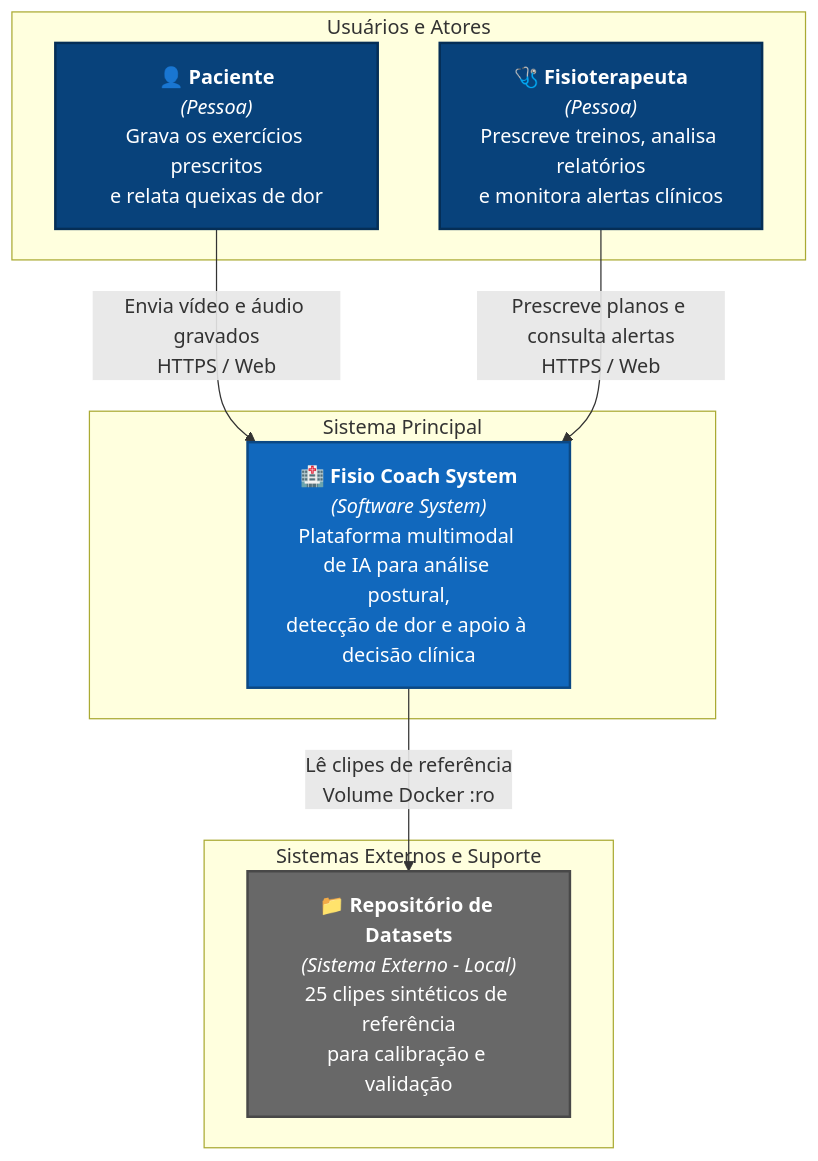
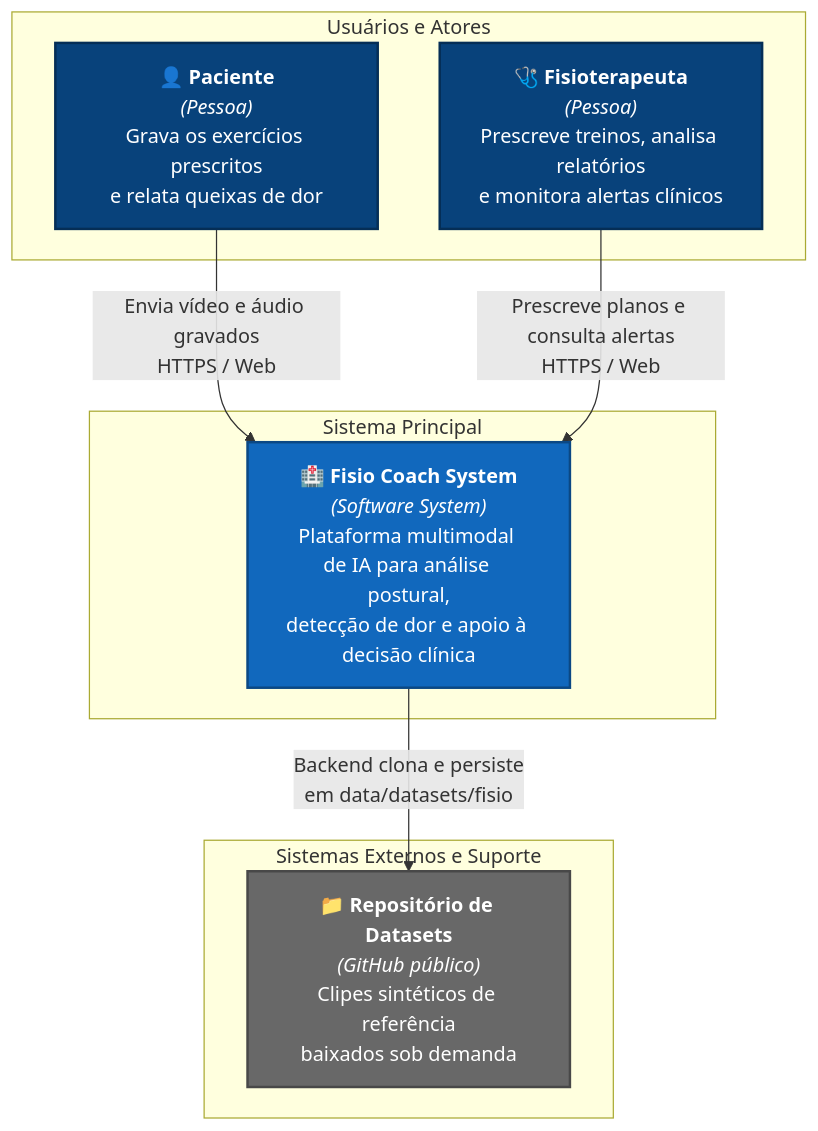
Before and after one commit to vagner-nascimento/fiap-pos-ia-para-devs-fase4-tech-challenge: the first of 5 diagrams in docs/arquitetura/arquitetura-do-sistema.md, drawn with Mermaid. The commit also changed 8 other files, not shown here.

````diff
--- a/docs/arquitetura/arquitetura-do-sistema.md
+++ b/docs/arquitetura/arquitetura-do-sistema.md
@@ -28,27 +28,27 @@
 ```mermaid
 flowchart TB
     subgraph Atores [" Usuários e Atores "]
         paciente["👤 <b>Paciente</b><br/><i>(Pessoa)</i><br/>Grava os exercícios prescritos<br/>e relata queixas de dor"]
         fisio["🩺 <b>Fisioterapeuta</b><br/><i>(Pessoa)</i><br/>Prescreve treinos, analisa relatórios<br/>e monitora alertas clínicos"]
     end
 
     subgraph Fronteira [" Sistema Principal "]
         fisio_coach["🏥 <b>Fisio Coach System</b><br/><i>(Software System)</i><br/>Plataforma multimodal de IA para análise postural,<br/>detecção de dor e apoio à decisão clínica"]
     end
 
     subgraph Externos [" Sistemas Externos e Suporte "]
-        dataset_repo["📁 <b>Repositório de Datasets</b><br/><i>(Sistema Externo - Local)</i><br/>25 clipes sintéticos de referência<br/>para calibração e validação"]
+        dataset_repo["📁 <b>Repositório de Datasets</b><br/><i>(GitHub público)</i><br/>Clipes sintéticos de referência<br/>baixados sob demanda"]
     end
 
     paciente -->|Envia vídeo e áudio gravados<br/>HTTPS / Web| fisio_coach
     fisio -->|Prescreve planos e consulta alertas<br/>HTTPS / Web| fisio_coach
-    fisio_coach -->|Lê clipes de referência<br/>Volume Docker :ro| dataset_repo
+    fisio_coach -->|Backend clona e persiste<br/>em data/datasets/fisio| dataset_repo
 
     classDef person fill:#08427b,stroke:#052e56,color:#ffffff,stroke-width:2px;
     classDef system fill:#1168bd,stroke:#0b4884,color:#ffffff,stroke-width:2px;
     classDef external fill:#686868,stroke:#484848,color:#ffffff,stroke-width:2px;
 
     class paciente,fisio person;
     class fisio_coach system;
     class dataset_repo,azure_language external;
 ```
````
